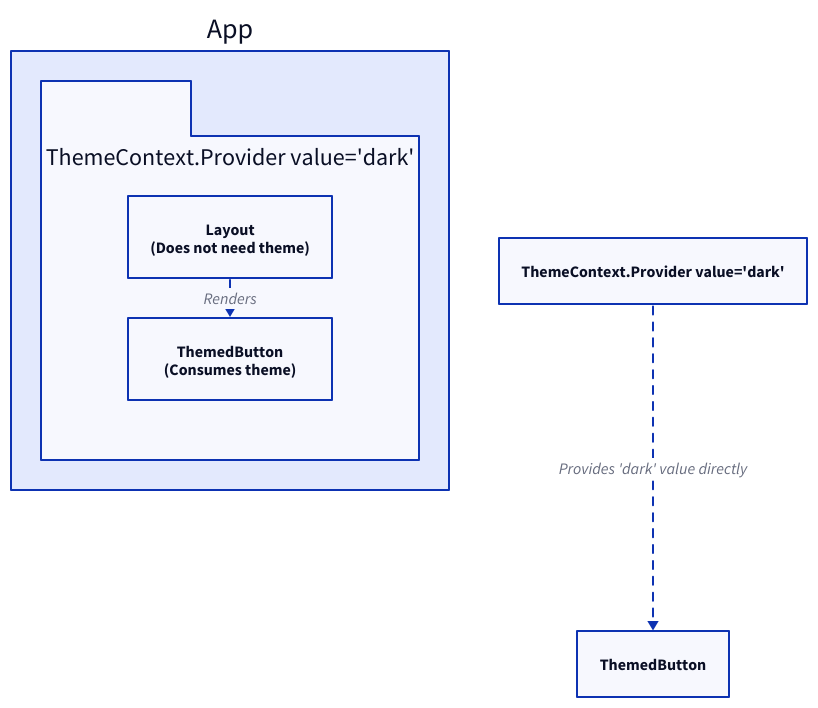
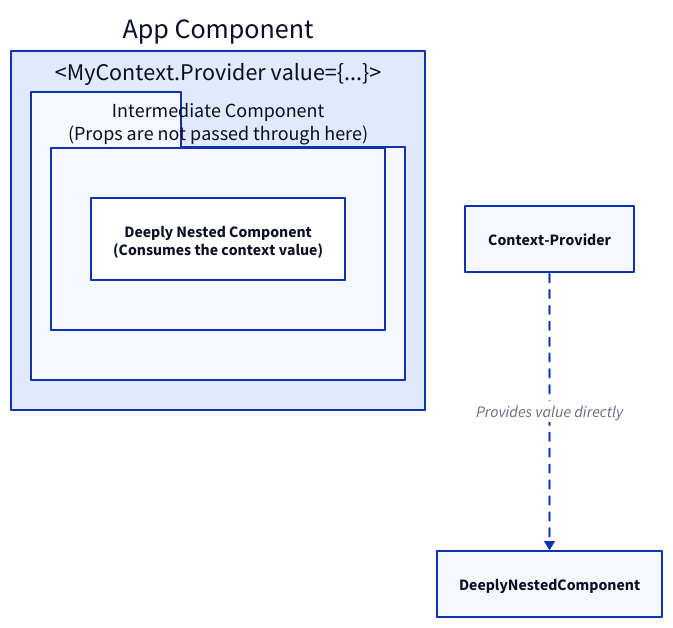
Before and after one commit to lban2049/react: the diagram in packages/react/.aigne/doc-smith/docs/core-apis-context.md, drawn with D2. The commit also changed other lines of this file and 46 other files, not shown here.

````diff
--- a/packages/react/.aigne/doc-smith/docs/core-apis-context.md
+++ b/packages/react/.aigne/doc-smith/docs/core-apis-context.md
@@ -17,28 +11,27 @@
 ```d2
 direction: down
 
-"App": {
+App: {
   shape: rectangle
+  label: "App Component"
 
-  "ThemeContext.Provider value='dark'": {
+  Context-Provider: {
+    label: "<MyContext.Provider value={...}>"
     shape: package
-    grid-columns: 1
 
-    "Layout": {
+    IntermediateComponent: {
       shape: rectangle
-      label: "Layout\n(Does not need theme)"
+      label: "Intermediate Component\n(Props are not passed through here)"
+
+      DeeplyNestedComponent: {
+        shape: rectangle
+        label: "Deeply Nested Component\n(Consumes the context value)"
+      }
     }
-
-    "ThemedButton": {
-      shape: rectangle
-      label: "ThemedButton\n(Consumes theme)"
-    }
-
-    "Layout" -> "ThemedButton": "Renders"
   }
 }
 
-"ThemeContext.Provider value='dark'" -> "ThemedButton": "Provides 'dark' value directly" {
+Context-Provider -> DeeplyNestedComponent: "Provides value directly" {
   style.stroke-dash: 4
 }
 ```
````
